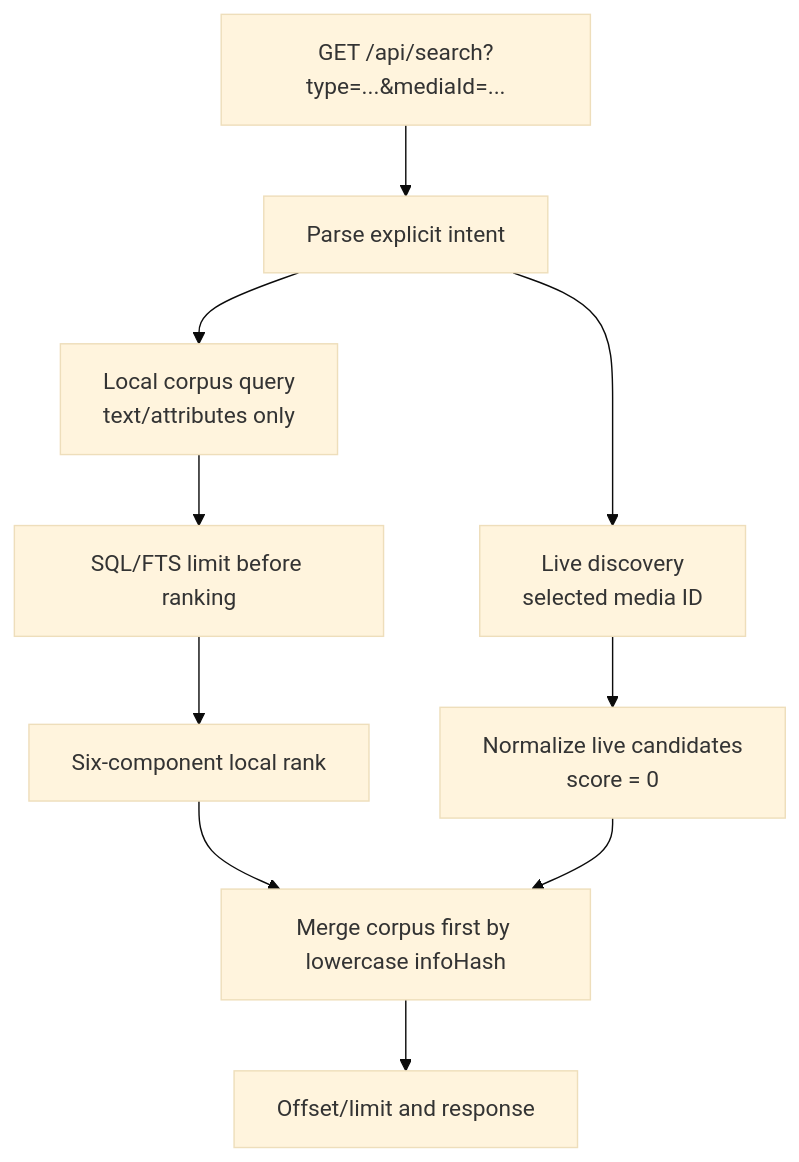
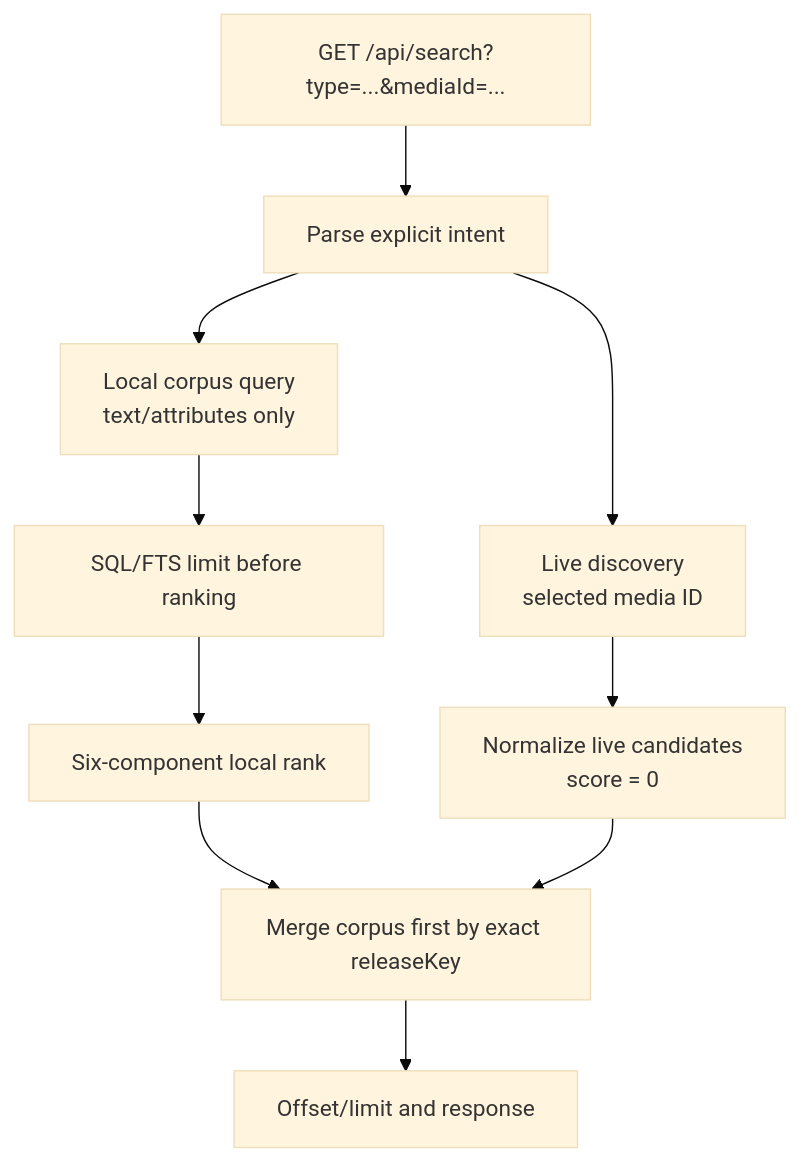
Before and after one commit to peedubyah/hashsucker: the first of 2 diagrams in docs/pipeline.md, drawn with Mermaid (base theme). The commit also changed other lines of this file and 48 other files, not shown here.

First line of the commit message:
feat: Stage 1 exact-release-identity slice

````diff
--- a/docs/pipeline.md
+++ b/docs/pipeline.md
@@ -20,12 +20,12 @@
 ```mermaid
 flowchart TD
     R["GET /api/search?type=...&mediaId=..."] --> I["Parse explicit intent"]
     I --> L["Local corpus query\ntext/attributes only"]
     I --> V["Live discovery\nselected media ID"]
     L --> Q["SQL/FTS limit before ranking"]
     Q --> S["Six-component local rank"]
     V --> N["Normalize live candidates\nscore = 0"]
-    S --> M["Merge corpus first by lowercase infoHash"]
+    S --> M["Merge corpus first by exact releaseKey"]
     N --> M
     M --> P["Offset/limit and response"]
 ```
````
